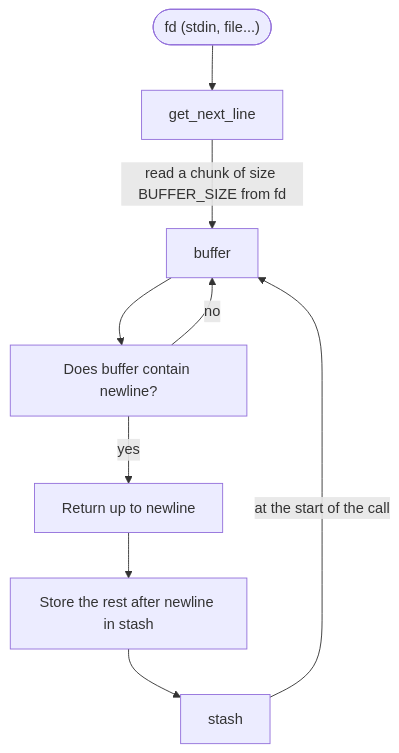
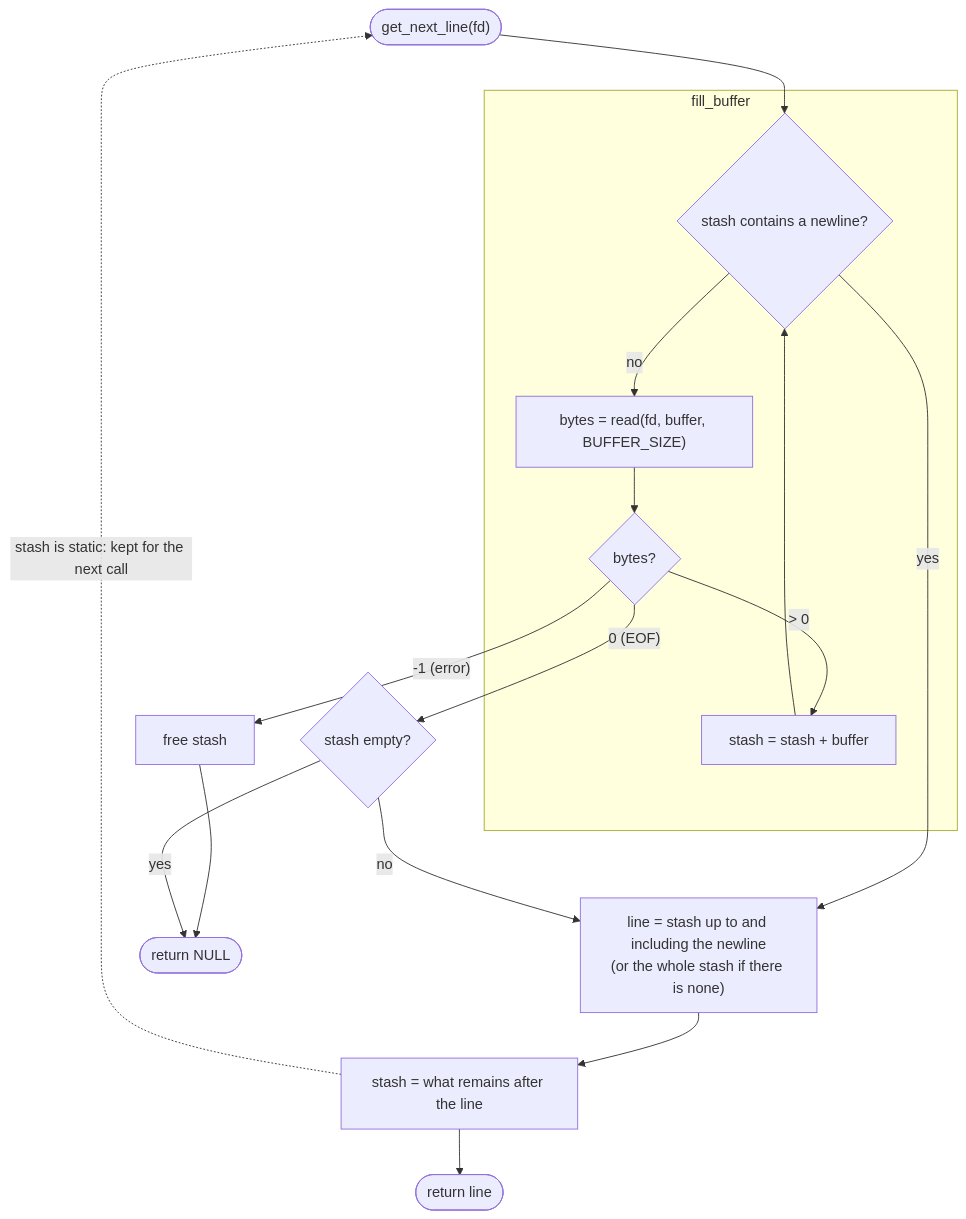
Before and after one commit to zivoxRoot/ft_get_next_line: the diagram in README.md, drawn with Mermaid. The commit also changed other lines of this file, not shown here.

Commit message:
a lot of addings

````diff
--- a/README.md
+++ b/README.md
@@ -53,20 +53,31 @@
 ```mermaid
 flowchart TD
-	fd(["fd (stdin, file...)"])
-	get_next_line["get_next_line"]
-	buffer["buffer"]
-	stash["stash"]
-	buffer_contains_newline["Does buffer contain newline?"]
-	return_to_newline["Return up to newline"]
-	store_rest["Store the rest after newline in stash"]
+	start(["get_next_line(fd)"])
 
-	fd --> get_next_line
-	get_next_line -- read a chunk of size BUFFER_SIZE from fd --> buffer
-	buffer --> buffer_contains_newline
-	buffer_contains_newline -- no --> buffer
-	buffer_contains_newline -- yes --> return_to_newline
-	return_to_newline --> store_rest
-	store_rest --> stash
+	subgraph fill_buffer
+		check{"stash contains a newline?"}
+		read["bytes = read(fd, buffer, BUFFER_SIZE)"]
+		status{"bytes?"}
+		join["stash = stash + buffer"]
+	end
 
-	stash -- at the start of the call --> buffer
+	empty{"stash empty?"}
+	extract["line = stash up to and including the newline<br/>(or the whole stash if there is none)"]
+	keep["stash = what remains after the line"]
+	free_err["free stash"]
+	ret(["return line"])
+	null(["return NULL"])
+
+	start --> check
+	check -- no --> read
+	read --> status
+	status -- "> 0" --> join
+	join --> check
+	status -- "0 (EOF)" --> empty
+	status -- "-1 (error)" --> free_err --> null
+	check -- yes --> extract
+	empty -- yes --> null
+	empty -- no --> extract
+	extract --> keep --> ret
+	keep -. "stash is static: kept for the next call" .-> start
 ```
````
